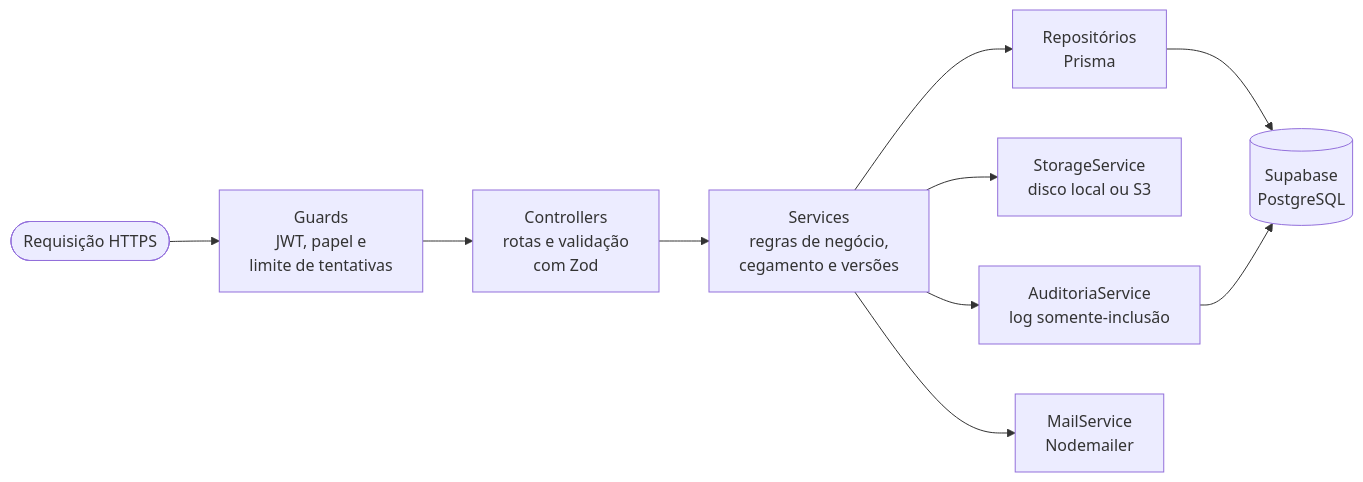
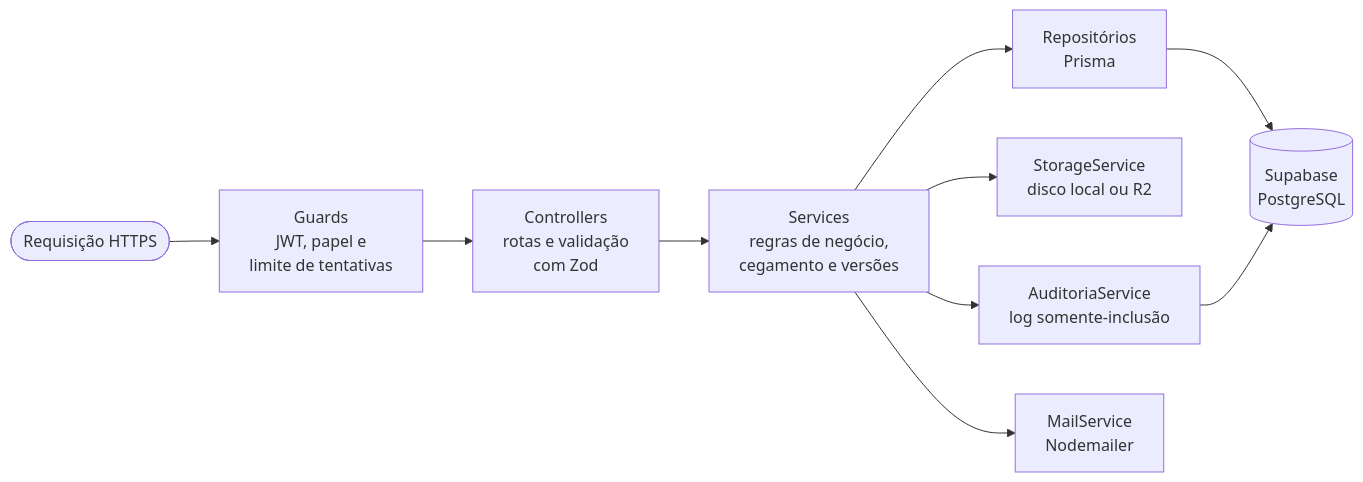
One commit to Matheus-Lordron/ki67 changed the third of 13 diagrams in docs/02-arquitetura.md. Above: the diagram before and after it, drawn with Mermaid. The commit also changed other lines of this file and 6 other files, not shown here.

````diff
--- a/docs/02-arquitetura.md
+++ b/docs/02-arquitetura.md
@@ -67,12 +70,12 @@
 ```mermaid
 flowchart LR
     REQ(["Requisição HTTPS"]) --> G["Guards<br/>JWT, papel e<br/>limite de tentativas"]
     G --> C["Controllers<br/>rotas e validação<br/>com Zod"]
     C --> SV["Services<br/>regras de negócio,<br/>cegamento e versões"]
     SV --> RP["Repositórios<br/>Prisma"]
     RP --> DB[("Supabase<br/>PostgreSQL")]
-    SV --> ST["StorageService<br/>disco local ou S3"]
+    SV --> ST["StorageService<br/>disco local ou R2"]
     SV --> AU["AuditoriaService<br/>log somente-inclusão"]
     AU --> DB
     SV --> MAIL["MailService<br/>Nodemailer"]
 ```
````
